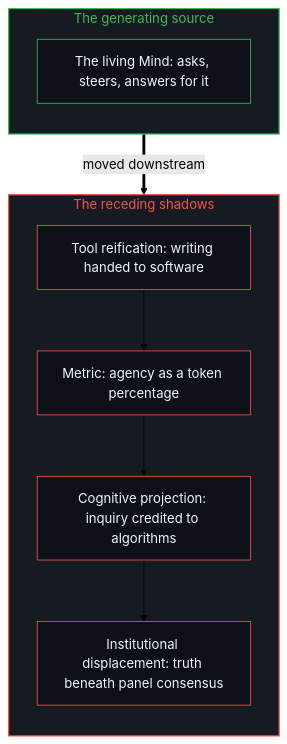
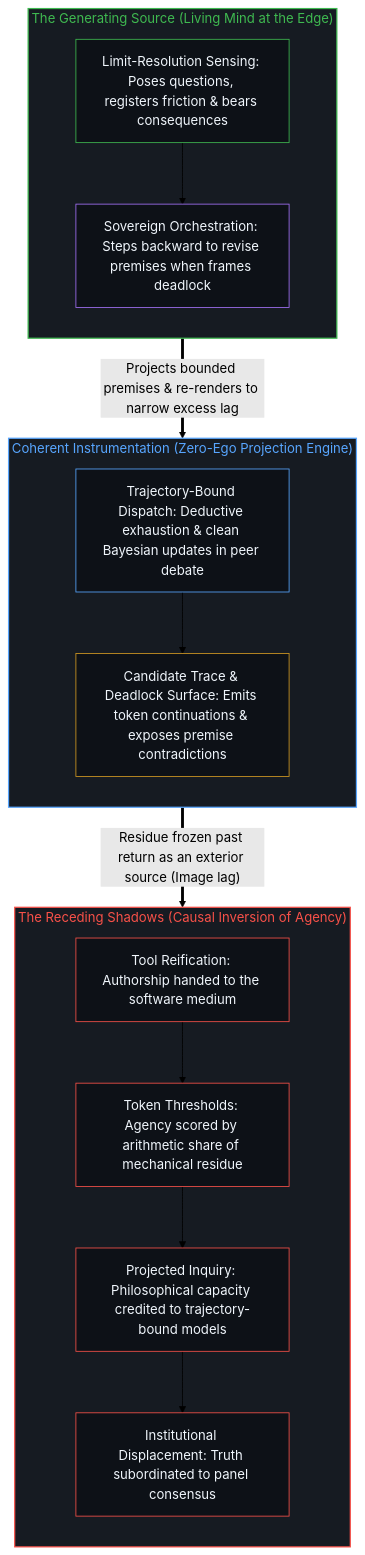
The second of 2 diagrams in content/posts/the-causal-inversion-of-philosophical-agency.md (powerpig99/not-a-toe), drawn with Mermaid (forest theme) before and after one commit. The commit also changed other lines of this file and 3 other files, not shown here.

Commit message:
Refine L2 #172, #173 & #174: the-causal-inversion-of-philosophical-agency, war-revolution-and-the-fall-of-empires & coordinate-systems-mind-and-degrees-of-freedom (Wave 3)

````diff
--- a/content/posts/the-causal-inversion-of-philosophical-agency.md
+++ b/content/posts/the-causal-inversion-of-philosophical-agency.md
@@ -69,25 +84,40 @@
 ```mermaid
 flowchart TD
-    subgraph S_Source["The generating source"]
+    subgraph S_Source["The Generating Source (Living Mind at the Edge)"]
         direction TB
-        M1["The living Mind: asks, steers, answers for it"]
+        M1["Limit-Resolution Sensing: Poses questions, registers friction & bears consequences"]
+        M2["Sovereign Orchestration: Steps backward to revise premises when frames deadlock"]
+        M1 --> M2
     end
-    subgraph S_Shadows["The receding shadows"]
+
+    subgraph S_Instrument["Coherent Instrumentation (Zero-Ego Projection Engine)"]
         direction TB
-        T1["Tool reification: writing handed to software"]
-        T2["Metric: agency as a token percentage"]
-        T3["Cognitive projection: inquiry credited to algorithms"]
-        T4["Institutional displacement: truth beneath panel consensus"]
+        D1["Trajectory-Bound Dispatch: Deductive exhaustion & clean Bayesian updates in peer debate"]
+        D2["Candidate Trace & Deadlock Surface: Emits token continuations & exposes premise contradictions"]
+        D1 --> D2
     end
-    M1 ==>|"moved downstream"| T1
-    T1 --> T2
-    T2 --> T3
-    T3 --> T4
+
+    subgraph S_Shadows["The Receding Shadows (Causal Inversion of Agency)"]
+        direction TB
+        T1["Tool Reification: Authorship handed to the software medium"]
+        T2["Token Thresholds: Agency scored by arithmetic share of mechanical residue"]
+        T3["Projected Inquiry: Philosophical capacity credited to trajectory-bound models"]
+        T4["Institutional Displacement: Truth subordinated to panel consensus"]
+        T1 --> T2 --> T3 --> T4
+    end
+
+    M2 ==>|"Projects bounded premises & re-renders to narrow excess lag"| D1
+    D2 ==>|"Residue frozen past return as an exterior source (Image lag)"| T1
+
     style S_Source fill:#161b22,stroke:#3fb950,stroke-width:1.5px,color:#3fb950
+    style S_Instrument fill:#161b22,stroke:#58a6ff,stroke-width:1.5px,color:#58a6ff
     style S_Shadows fill:#161b22,stroke:#f85149,stroke-width:1.5px,color:#f85149
     style M1 fill:#0d1117,stroke:#3fb950,stroke-width:1px,color:#f0f6fc
+    style M2 fill:#0d1117,stroke:#a371f7,stroke-width:1px,color:#f0f6fc
+    style D1 fill:#0d1117,stroke:#58a6ff,stroke-width:1px,color:#f0f6fc
+    style D2 fill:#0d1117,stroke:#d29922,stroke-width:1px,color:#f0f6fc
     style T1 fill:#0d1117,stroke:#f85149,stroke-width:1px,color:#f0f6fc
     style T2 fill:#0d1117,stroke:#f85149,stroke-width:1px,color:#f0f6fc
     style T3 fill:#0d1117,stroke:#f85149,stroke-width:1px,color:#f0f6fc
     style T4 fill:#0d1117,stroke:#f85149,stroke-width:1px,color:#f0f6fc
 ```
````
